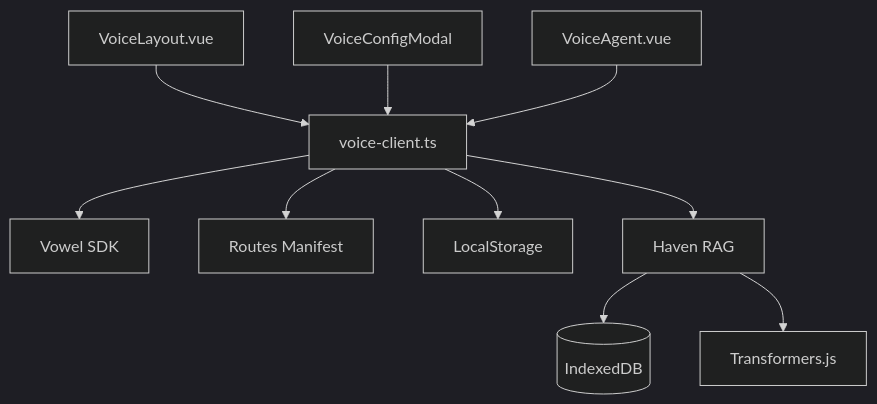
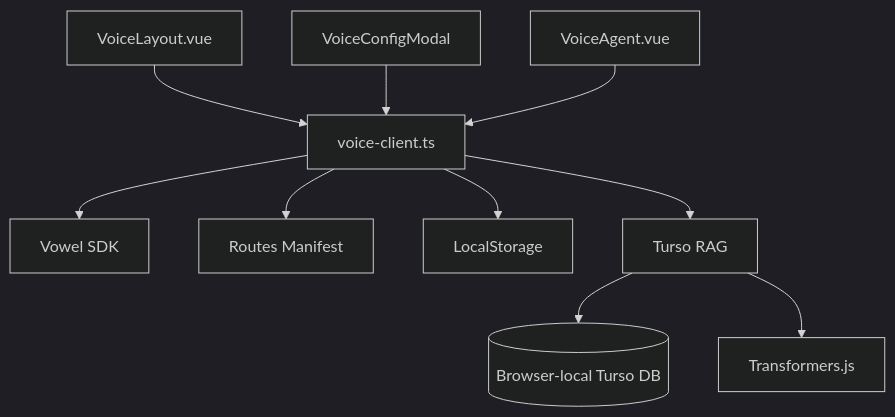
Before and after one commit to usevowel/docs: the diagram in voweldocs/index.md, drawn with Mermaid (dark theme). The commit also changed other lines of this file and 56 other files, not shown here.

First line of the commit message:
feat: add Turso browser-based RAG with prebuilt embeddings (squashed)

````diff
--- a/voweldocs/index.md
+++ b/voweldocs/index.md
@@ -16,12 +16,12 @@
 ```mermaid
 flowchart TB
     VL[VoiceLayout.vue] --> VC[voice-client.ts]
     VCM[VoiceConfigModal] --> VC
     VA[VoiceAgent.vue] --> VC
     VC --> SDK[Vowel SDK]
     VC --> RM[Routes Manifest]
     VC --> LS[LocalStorage]
-    VC --> RAG[Haven RAG]
-    RAG --> DB[(IndexedDB)]
+    VC --> RAG[Turso RAG]
+    RAG --> DB[(Browser-local Turso DB)]
     RAG --> EMB[Transformers.js]
 ```
````
